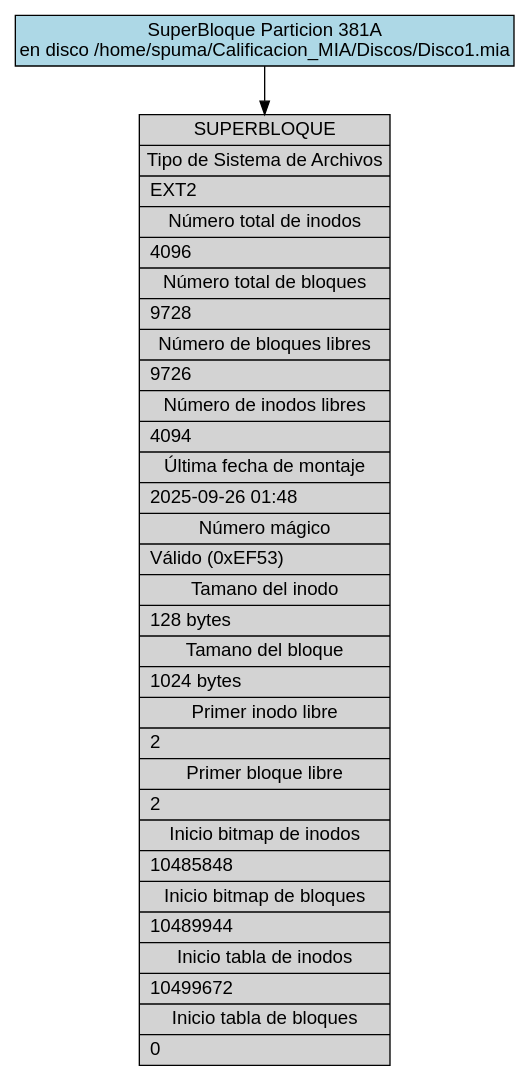
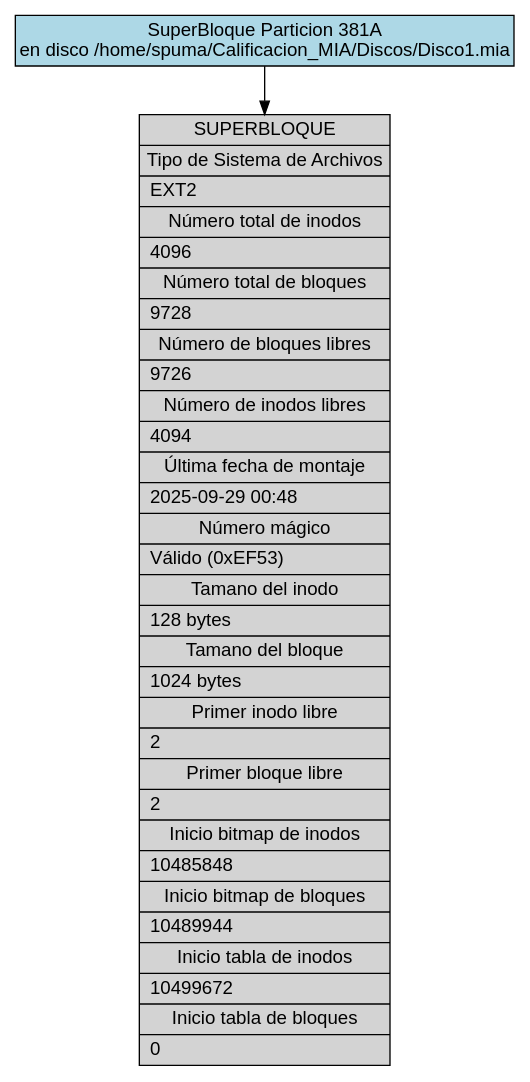
Before and after one commit to DiegVas/MIA_2S2025_P2_202300638: the diagram in backend/provider/reports/src/sb_381A.dot, drawn with Graphviz. The commit also changed 16 other files, not shown here.

```diff
--- a/backend/provider/reports/src/sb_381A.dot
+++ b/backend/provider/reports/src/sb_381A.dot
@@ -1,13 +1,13 @@
 digraph Superblock_Report {
     rankdir=TB;
     node [shape=record, fontname="Arial"];
     edge [fontname="Arial"];
     graph [fontname="Arial"];
 
     title [label="SuperBloque Particion 381A\nen disco /home/spuma/Calificacion_MIA/Discos/Disco1.mia", shape=box, style=filled, fillcolor=lightblue];
 
-    superblock [label="{SUPERBLOQUE|Tipo de Sistema de Archivos|EXT2\l|Número total de inodos|4096\l|Número total de bloques|9728\l|Número de bloques libres|9726\l|Número de inodos libres|4094\l|Última fecha de montaje|2025-09-26 01:48\l|Número mágico|Válido (0xEF53)\l|Tamano del inodo|128 bytes\l|Tamano del bloque|1024 bytes\l|Primer inodo libre|2\l|Primer bloque libre|2\l|Inicio bitmap de inodos|10485848\l|Inicio bitmap de bloques|10489944\l|Inicio tabla de inodos|10499672\l|Inicio tabla de bloques|0\l}", style=filled, fillcolor=lightgray];
+    superblock [label="{SUPERBLOQUE|Tipo de Sistema de Archivos|EXT2\l|Número total de inodos|4096\l|Número total de bloques|9728\l|Número de bloques libres|9726\l|Número de inodos libres|4094\l|Última fecha de montaje|2025-09-29 00:48\l|Número mágico|Válido (0xEF53)\l|Tamano del inodo|128 bytes\l|Tamano del bloque|1024 bytes\l|Primer inodo libre|2\l|Primer bloque libre|2\l|Inicio bitmap de inodos|10485848\l|Inicio bitmap de bloques|10489944\l|Inicio tabla de inodos|10499672\l|Inicio tabla de bloques|0\l}", style=filled, fillcolor=lightgray];
 
     title -> superblock;
 
 }
```
